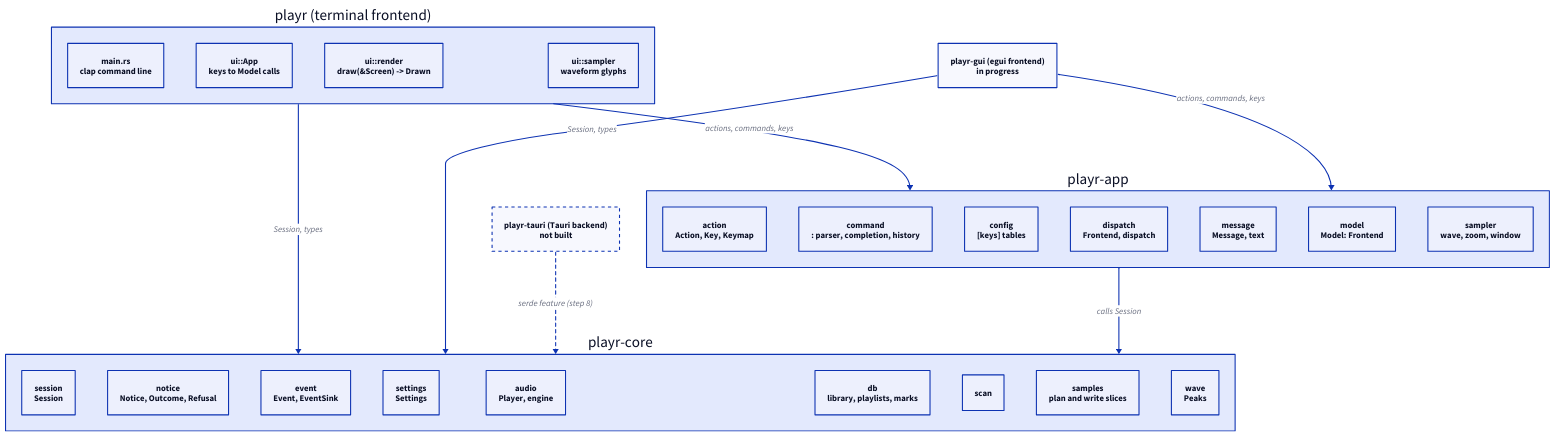
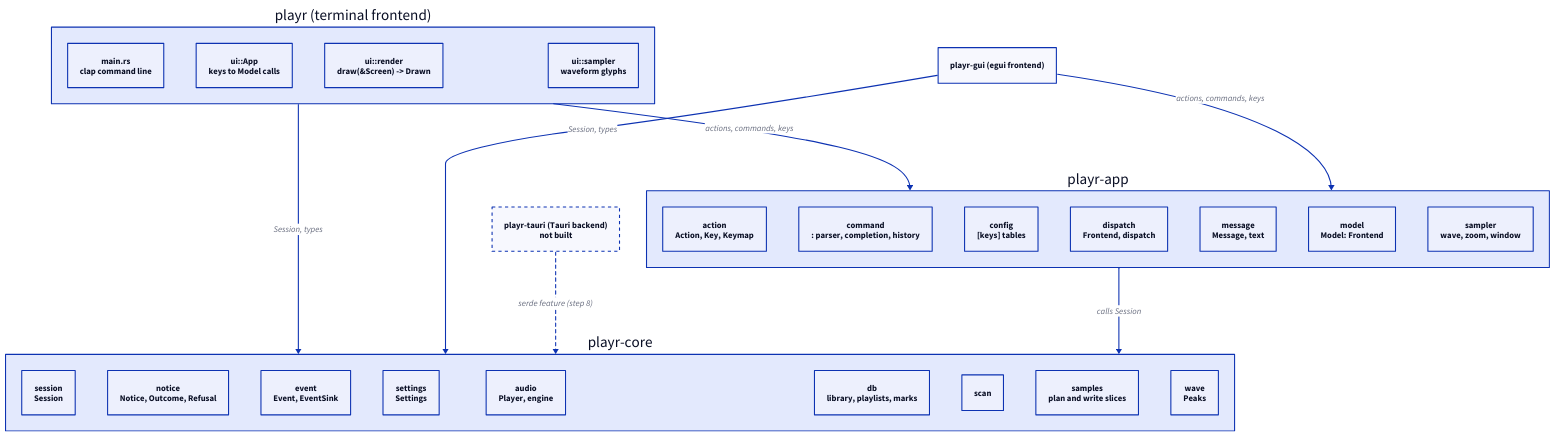
Before and after one commit to shakfu/playr: the diagram in docs/media/architecture-crates.d2, drawn with D2. The commit also changed 33 other files, not shown here.

```diff
--- a/docs/media/architecture-crates.d2
+++ b/docs/media/architecture-crates.d2
@@ -1,48 +1,48 @@
 # playr's crates and what depends on what.
 # Render: make diagrams
 
 direction: down
 
 playr: "playr (terminal frontend)" {
   main: "main.rs\nclap command line"
   app: "ui::App\nkeys to Model calls"
   render: "ui::render\ndraw(&Screen) -> Drawn"
   sampler: "ui::sampler\nwaveform glyphs"
 }
 
-gui: "playr-gui (egui frontend)\nin progress"
+gui: "playr-gui (egui frontend)"
 
 tauri: "playr-tauri (Tauri backend)\nnot built" {
   style.stroke-dash: 3
 }
 
 app: "playr-app" {
   action: "action\nAction, Key, Keymap"
   command: "command\n: parser, completion, history"
   config: "config\n[keys] tables"
   dispatch: "dispatch\nFrontend, dispatch"
   message: "message\nMessage, text"
   model: "model\nModel: Frontend"
   sampler: "sampler\nwave, zoom, window"
 }
 
 core: "playr-core" {
   session: "session\nSession"
   notice: "notice\nNotice, Outcome, Refusal"
   event: "event\nEvent, EventSink"
   settings: "settings\nSettings"
   audio: "audio\nPlayer, engine"
   db: "db\nlibrary, playlists, marks"
   scan
   samples: "samples\nplan and write slices"
   wave: "wave\nPeaks"
 }
 
 playr -> app: "actions, commands, keys"
 playr -> core: "Session, types"
 gui -> app: "actions, commands, keys"
 gui -> core: "Session, types"
 tauri -> core: "serde feature (step 8)" {
   style.stroke-dash: 3
 }
 app -> core: "calls Session"
```
